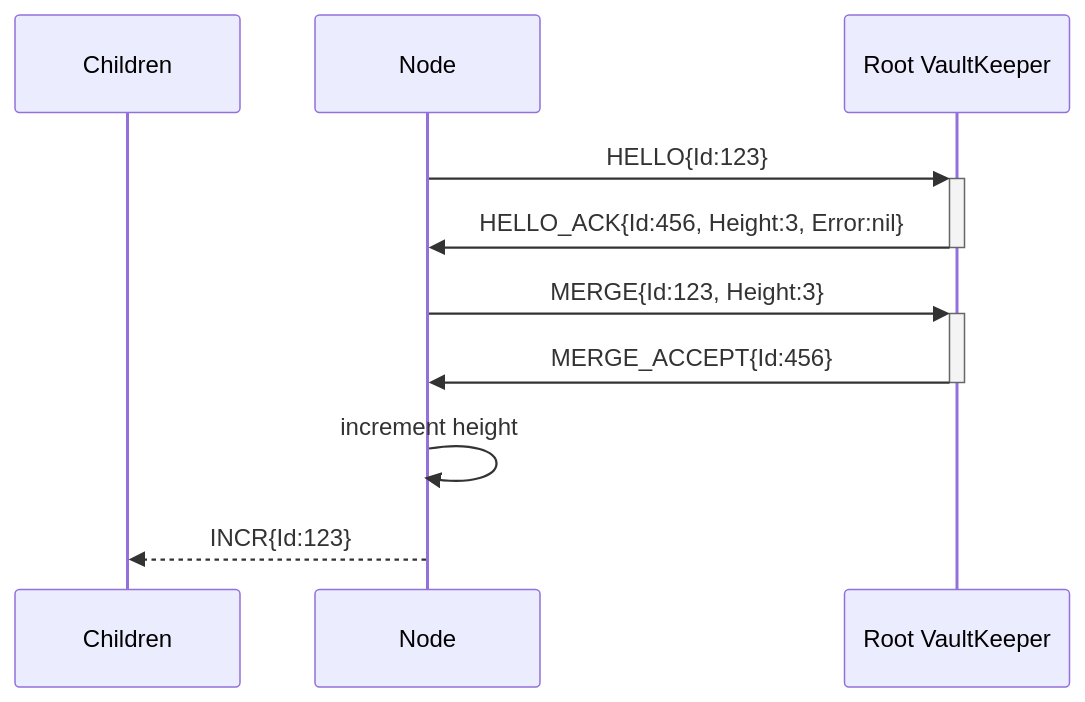
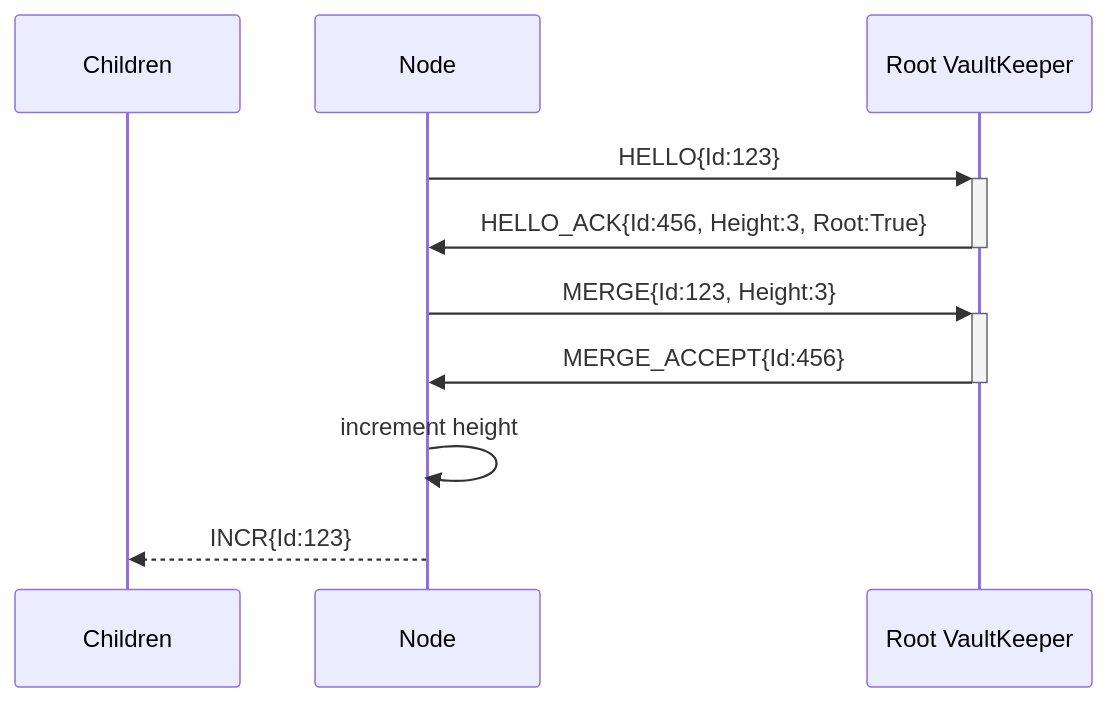
The second of 2 diagrams in README.md (rflandau/Orv), drawn with Mermaid before and after one commit. The commit also changed other lines of this file, not shown here.

Commit message:
update HELLOs to include whether or not the VK is root

````diff
--- a/README.md
+++ b/README.md
@@ -105,12 +105,12 @@
 ```mermaid
 sequenceDiagram
     participant Children
     participant Node
     participant VaultKeeper as Root VaultKeeper
     Node->>+VaultKeeper: HELLO{Id:123}
-    VaultKeeper->>-Node: HELLO_ACK{Id:456, Height:3, Error:nil}
+    VaultKeeper->>-Node: HELLO_ACK{Id:456, Height:3, Root:True}
     Node->>+VaultKeeper: MERGE{Id:123, Height:3}
     VaultKeeper->>-Node: MERGE_ACCEPT{Id:456}
     Node->>Node: increment height
     Node-->>Children: INCR{Id:123}
 ```
````
